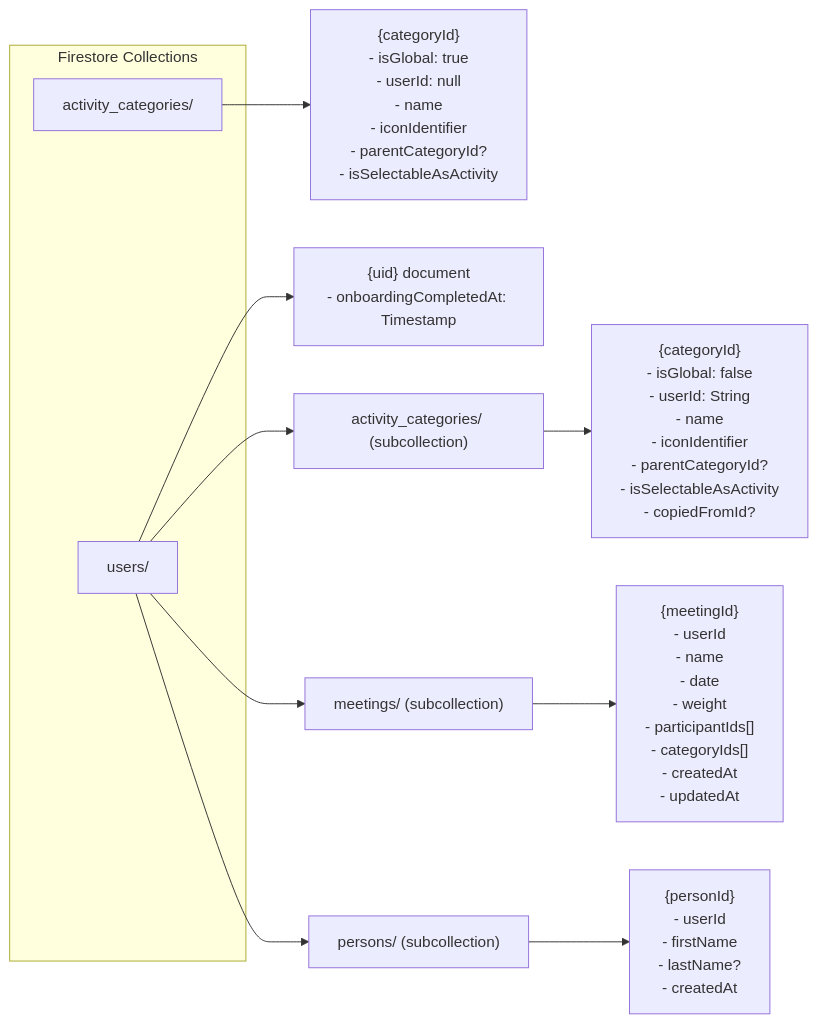
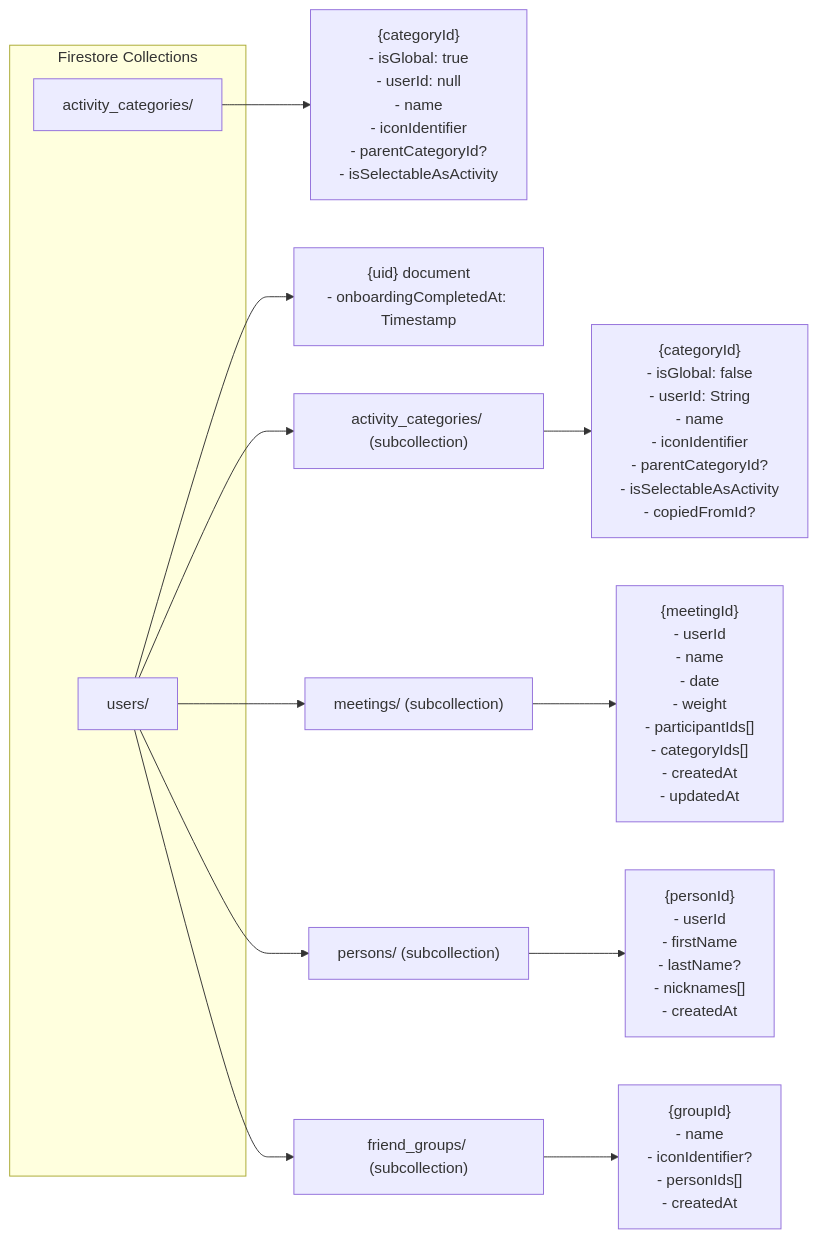
Before and after one commit to aleksanderginalski/Friendsheet-App: the fourth of 5 diagrams in docs/architecture.md, drawn with Mermaid. The commit also changed other lines of this file and 5 other files, not shown here.

````diff
--- a/docs/architecture.md
+++ b/docs/architecture.md
@@ -442,20 +517,23 @@
 ```mermaid
 graph LR
     subgraph "Firestore Collections"
         A[activity_categories/]
         U[users/]
     end
 
     A --> A1["{categoryId}<br/>- isGlobal: true<br/>- userId: null<br/>- name<br/>- iconIdentifier<br/>- parentCategoryId?<br/>- isSelectableAsActivity"]
 
     U --> UD["{uid} document<br/>- onboardingCompletedAt: Timestamp"]
     U --> UAC["activity_categories/ (subcollection)"]
     U --> UM["meetings/ (subcollection)"]
     U --> UP["persons/ (subcollection)"]
+    U --> UFG["friend_groups/ (subcollection)"]
 
     UAC --> UAC1["{categoryId}<br/>- isGlobal: false<br/>- userId: String<br/>- name<br/>- iconIdentifier<br/>- parentCategoryId?<br/>- isSelectableAsActivity<br/>- copiedFromId?"]
 
     UM --> UM1["{meetingId}<br/>- userId<br/>- name<br/>- date<br/>- weight<br/>- participantIds[]<br/>- categoryIds[]<br/>- createdAt<br/>- updatedAt"]
 
-    UP --> UP1["{personId}<br/>- userId<br/>- firstName<br/>- lastName?<br/>- createdAt"]
+    UP --> UP1["{personId}<br/>- userId<br/>- firstName<br/>- lastName?<br/>- nicknames[]<br/>- createdAt"]
+
+    UFG --> UFG1["{groupId}<br/>- name<br/>- iconIdentifier?<br/>- personIds[]<br/>- createdAt"]
 ```
````
